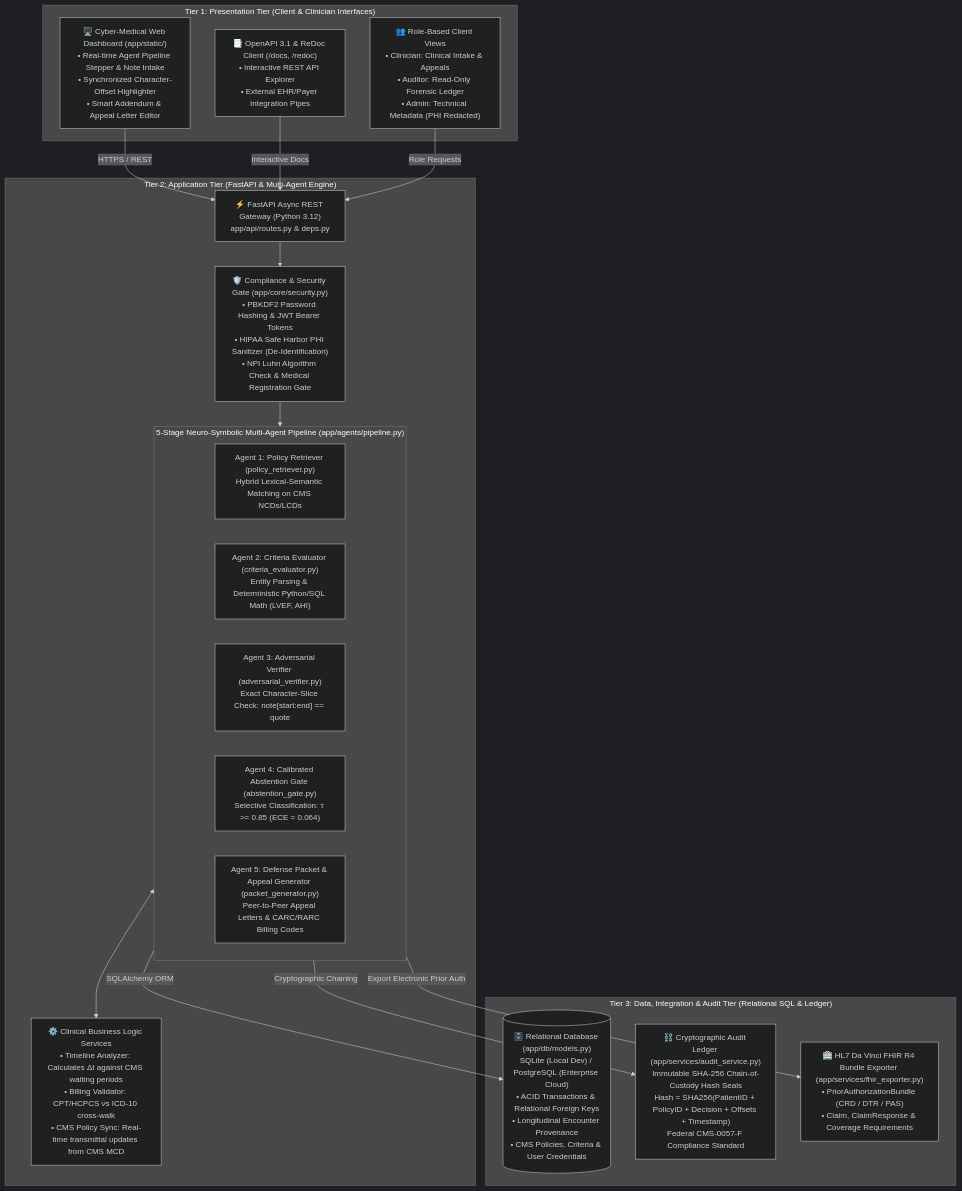
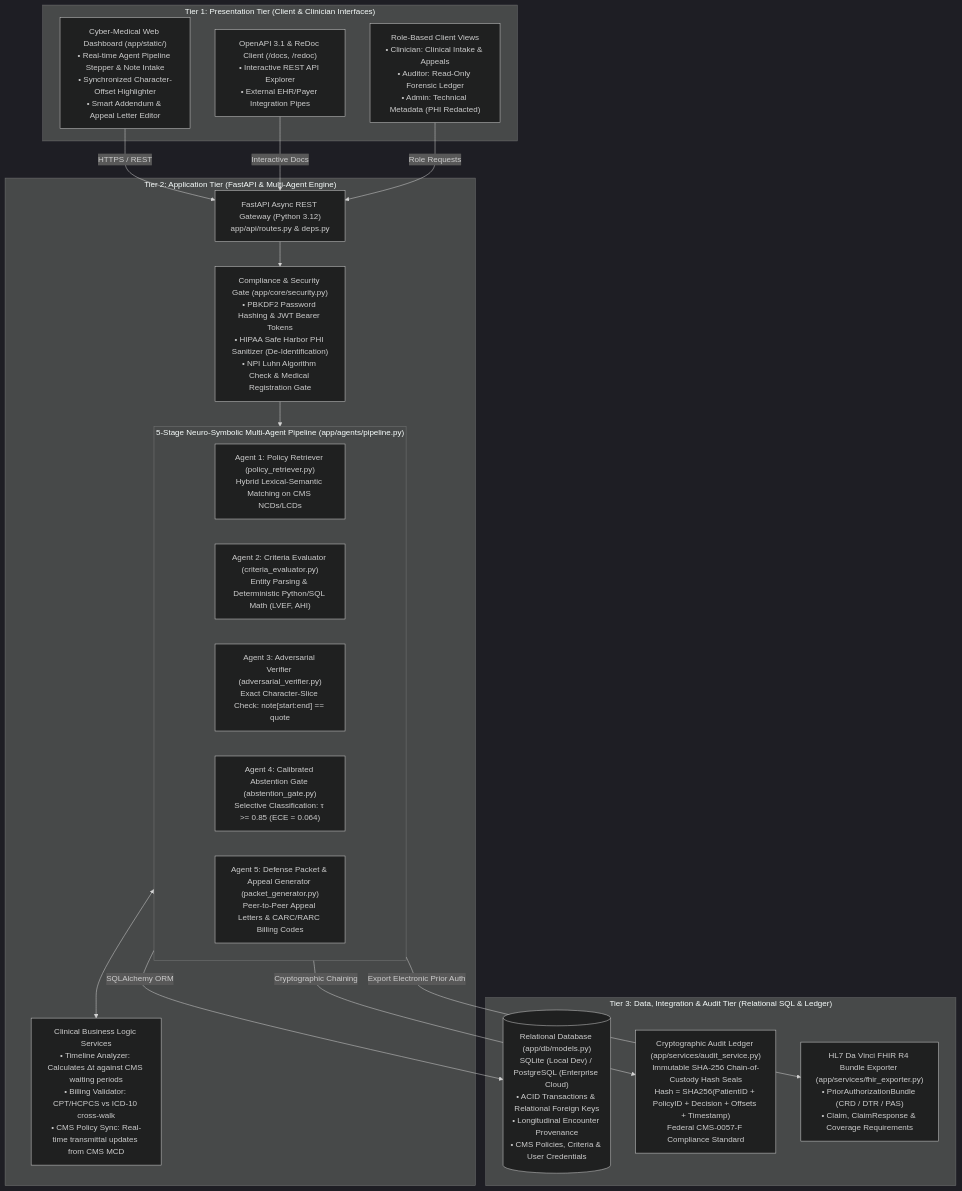
Before and after one commit to Sumitkc74/CarePolicyGuard: the first of 2 diagrams in README.md, drawn with Mermaid (dark theme). The commit also changed other lines of this file and 1 other file, not shown here.

Commit message:
docs: add graphical system architecture flow diagram matching cloud pipeline layout

````diff
--- a/README.md
+++ b/README.md
@@ -68,46 +70,46 @@
 ```mermaid
 flowchart TD
     %% TIER 1: PRESENTATION TIER
     subgraph TIER1["Tier 1: Presentation Tier (Client & Clinician Interfaces)"]
-        UI["🖥️ Cyber-Medical Web Dashboard (app/static/)<br/>• Real-time Agent Pipeline Stepper & Note Intake<br/>• Synchronized Character-Offset Highlighter<br/>• Smart Addendum & Appeal Letter Editor"]
-        SWAGGER["📑 OpenAPI 3.1 & ReDoc Client (/docs, /redoc)<br/>• Interactive REST API Explorer<br/>• External EHR/Payer Integration Pipes"]
-        RBAC_VIEWS["👥 Role-Based Client Views<br/>• Clinician: Clinical Intake & Appeals<br/>• Auditor: Read-Only Forensic Ledger<br/>• Admin: Technical Metadata (PHI Redacted)"]
+        UI["Cyber-Medical Web Dashboard (app/static/)<br/>• Real-time Agent Pipeline Stepper & Note Intake<br/>• Synchronized Character-Offset Highlighter<br/>• Smart Addendum & Appeal Letter Editor"]
+        SWAGGER["OpenAPI 3.1 & ReDoc Client (/docs, /redoc)<br/>• Interactive REST API Explorer<br/>• External EHR/Payer Integration Pipes"]
+        RBAC_VIEWS["Role-Based Client Views<br/>• Clinician: Clinical Intake & Appeals<br/>• Auditor: Read-Only Forensic Ledger<br/>• Admin: Technical Metadata (PHI Redacted)"]
     end
 
     %% TIER 2: APPLICATION TIER
     subgraph TIER2["Tier 2: Application Tier (FastAPI & Multi-Agent Engine)"]
-        API_GATEWAY["⚡ FastAPI Async REST Gateway (Python 3.12)<br/>app/api/routes.py & deps.py"]
+        API_GATEWAY["FastAPI Async REST Gateway (Python 3.12)<br/>app/api/routes.py & deps.py"]
         
-        SEC_LAYER["🛡️ Compliance & Security Gate (app/core/security.py)<br/>• PBKDF2 Password Hashing & JWT Bearer Tokens<br/>• HIPAA Safe Harbor PHI Sanitizer (De-Identification)<br/>• NPI Luhn Algorithm Check & Medical Registration Gate"]
+        SEC_LAYER["Compliance & Security Gate (app/core/security.py)<br/>• PBKDF2 Password Hashing & JWT Bearer Tokens<br/>• HIPAA Safe Harbor PHI Sanitizer (De-Identification)<br/>• NPI Luhn Algorithm Check & Medical Registration Gate"]
         
         subgraph AGENT_PIPELINE["5-Stage Neuro-Symbolic Multi-Agent Pipeline (app/agents/pipeline.py)"]
             A1["Agent 1: Policy Retriever (policy_retriever.py)<br/>Hybrid Lexical-Semantic Matching on CMS NCDs/LCDs"]
             A2["Agent 2: Criteria Evaluator (criteria_evaluator.py)<br/>Entity Parsing & Deterministic Python/SQL Math (LVEF, AHI)"]
             A3["Agent 3: Adversarial Verifier (adversarial_verifier.py)<br/>Exact Character-Slice Check: note[start:end] == quote"]
             A4["Agent 4: Calibrated Abstention Gate (abstention_gate.py)<br/>Selective Classification: τ >= 0.85 (ECE = 0.064)"]
             A5["Agent 5: Defense Packet & Appeal Generator (packet_generator.py)<br/>Peer-to-Peer Appeal Letters & CARC/RARC Billing Codes"]
         end
 
-        SERVICES["⚙️ Clinical Business Logic Services<br/>• Timeline Analyzer: Calculates Δt against CMS waiting periods<br/>• Billing Validator: CPT/HCPCS vs ICD-10 cross-walk<br/>• CMS Policy Sync: Real-time transmittal updates from CMS MCD"]
+        SERVICES["Clinical Business Logic Services<br/>• Timeline Analyzer: Calculates Δt against CMS waiting periods<br/>• Billing Validator: CPT/HCPCS vs ICD-10 cross-walk<br/>• CMS Policy Sync: Real-time transmittal updates from CMS MCD"]
     end
 
     %% TIER 3: DATA & COMPLIANCE TIER
     subgraph TIER3["Tier 3: Data, Integration & Audit Tier (Relational SQL & Ledger)"]
-        SQL_DB[("🗄️ Relational Database (app/db/models.py)<br/>SQLite (Local Dev) / PostgreSQL (Enterprise Cloud)<br/>• ACID Transactions & Relational Foreign Keys<br/>• Longitudinal Encounter Provenance<br/>• CMS Policies, Criteria & User Credentials")]
+        SQL_DB[("Relational Database (app/db/models.py)<br/>SQLite (Local Dev) / PostgreSQL (Enterprise Cloud)<br/>• ACID Transactions & Relational Foreign Keys<br/>• Longitudinal Encounter Provenance<br/>• CMS Policies, Criteria & User Credentials")]
         
-        CRYPTO_LEDGER["⛓️ Cryptographic Audit Ledger (app/services/audit_service.py)<br/>Immutable SHA-256 Chain-of-Custody Hash Seals<br/>Hash = SHA256(PatientID + PolicyID + Decision + Offsets + Timestamp)<br/>Federal CMS-0057-F Compliance Standard"]
+        CRYPTO_LEDGER["Cryptographic Audit Ledger (app/services/audit_service.py)<br/>Immutable SHA-256 Chain-of-Custody Hash Seals<br/>Hash = SHA256(PatientID + PolicyID + Decision + Offsets + Timestamp)<br/>Federal CMS-0057-F Compliance Standard"]
         
-        FHIR_EXPORTER["🏥 HL7 Da Vinci FHIR R4 Bundle Exporter (app/services/fhir_exporter.py)<br/>• PriorAuthorizationBundle (CRD / DTR / PAS)<br/>• Claim, ClaimResponse & Coverage Requirements"]
+        FHIR_EXPORTER["HL7 Da Vinci FHIR R4 Bundle Exporter (app/services/fhir_exporter.py)<br/>• PriorAuthorizationBundle (CRD / DTR / PAS)<br/>• Claim, ClaimResponse & Coverage Requirements"]
     end
 
     %% Data Flow Connections
     UI -->|HTTPS / REST| API_GATEWAY
     SWAGGER -->|Interactive Docs| API_GATEWAY
     RBAC_VIEWS -->|Role Requests| API_GATEWAY
     API_GATEWAY --> SEC_LAYER
     SEC_LAYER --> AGENT_PIPELINE
     AGENT_PIPELINE <--> SERVICES
     AGENT_PIPELINE -->|SQLAlchemy ORM| SQL_DB
     AGENT_PIPELINE -->|Cryptographic Chaining| CRYPTO_LEDGER
     AGENT_PIPELINE -->|Export Electronic Prior Auth| FHIR_EXPORTER
 ```
````
